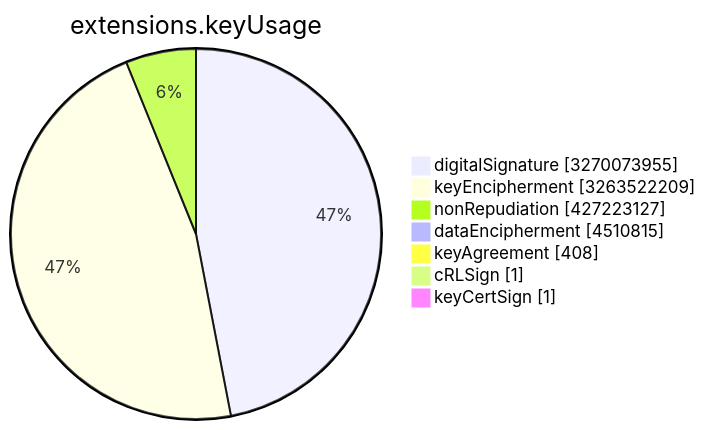
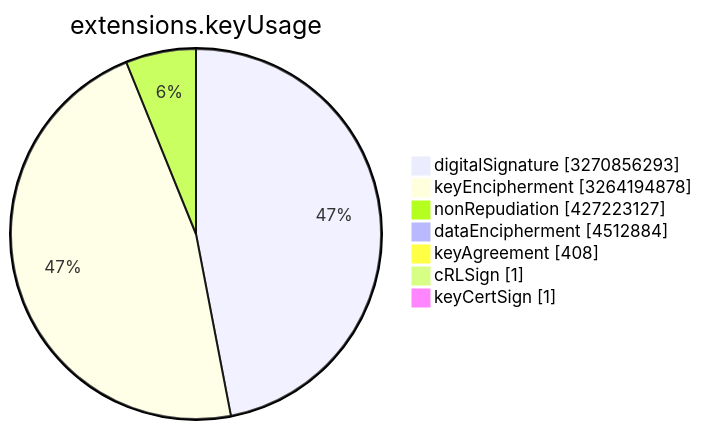
One commit to christiankrug/ctmonitor_visualization changed the sixth of 15 diagrams in TOTAL/README.md. Above: the diagram before and after it, drawn with Mermaid. The commit also changed other lines of this file, not shown here.

````diff
--- a/TOTAL/README.md
+++ b/TOTAL/README.md
@@ -3078,11 +3078,11 @@
 ```mermaid
 pie showData
 title extensions.keyUsage
-"digitalSignature" :3270073955
-"keyEncipherment" :3263522209
+"digitalSignature" :3270856293
+"keyEncipherment" :3264194878
 "nonRepudiation" :427223127
-"dataEncipherment" :4510815
+"dataEncipherment" :4512884
 "keyAgreement" :408
 "cRLSign" :1
 "keyCertSign" :1
 ```
````
